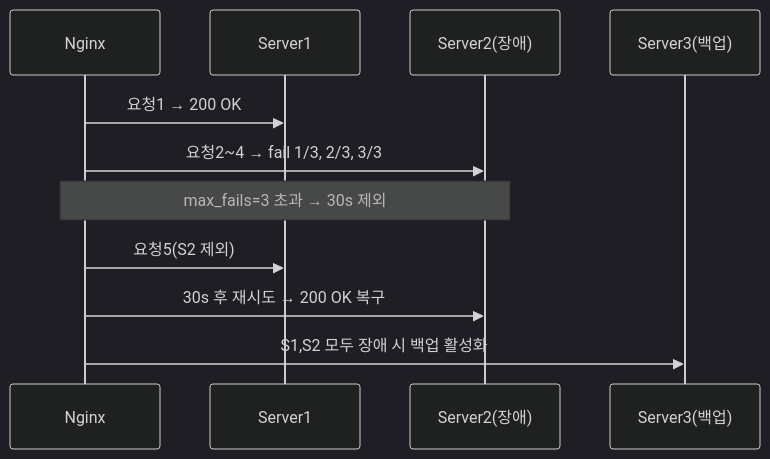
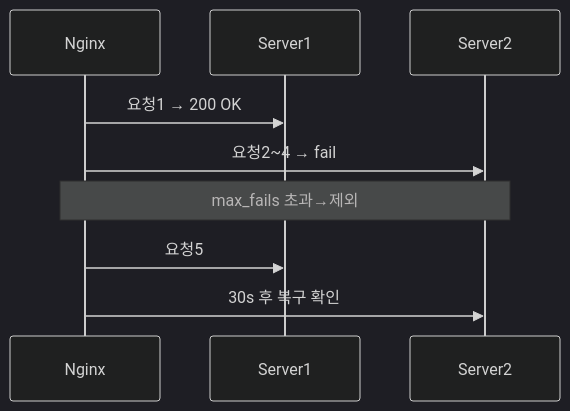
Before and after one commit to yjkim2015/yjkim2015.github.io: diagram 17 of 18 in _posts/server/2026-05-01-nginx.md, drawn with Mermaid (dark theme). The commit also changed other lines of this file and 155 other files, not shown here.

First line of the commit message:
Mermaid 전면 수정: subgraph 제거, participant/노드/줄수 축소 (342블록)

````diff
--- a/_posts/server/2026-05-01-nginx.md
+++ b/_posts/server/2026-05-01-nginx.md
@@ -788,13 +762,11 @@
 ```mermaid
 sequenceDiagram
     participant N as Nginx
     participant S1 as Server1
-    participant S2 as Server2(장애)
-    participant S3 as Server3(백업)
+    participant S2 as Server2
     N->>S1: 요청1 → 200 OK
-    N->>S2: 요청2~4 → fail 1/3, 2/3, 3/3
-    Note over N,S2: max_fails=3 초과 → 30s 제외
-    N->>S1: 요청5(S2 제외)
-    N->>S2: 30s 후 재시도 → 200 OK 복구
-    N->>S3: S1,S2 모두 장애 시 백업 활성화
+    N->>S2: 요청2~4 → fail
+    Note over N,S2: max_fails 초과→제외
+    N->>S1: 요청5
+    N->>S2: 30s 후 복구 확인
 ```
````
